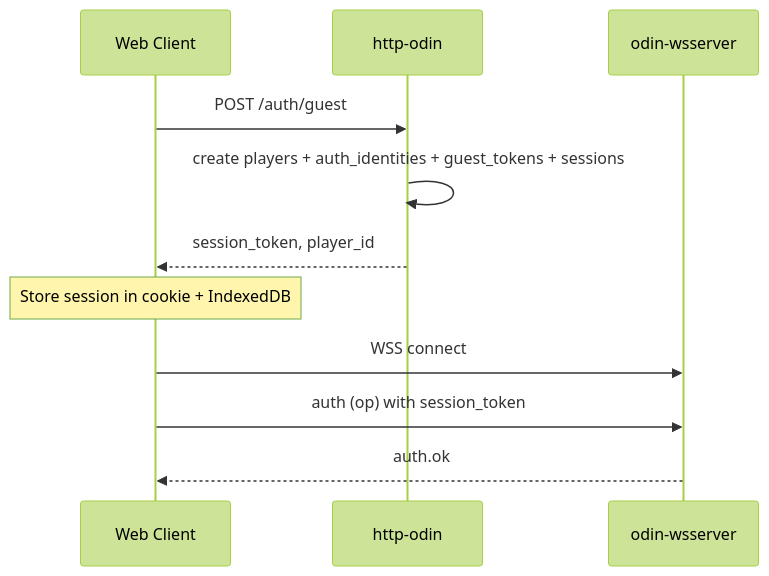
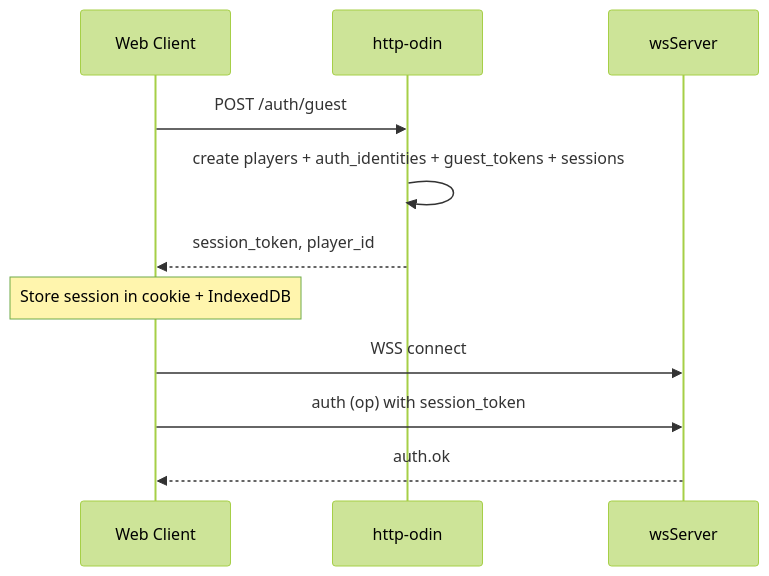
Before and after one commit to Puchungualotsqui/rift: the fourth of 6 diagrams in NETWORK.md, drawn with Mermaid (forest theme). The commit also changed other lines of this file and 14 other files, not shown here.

````diff
--- a/NETWORK.md
+++ b/NETWORK.md
@@ -183,14 +183,14 @@
 ```mermaid
 sequenceDiagram
     participant WC as Web Client
     participant H as http-odin
-    participant W as odin-wsserver
+    participant W as wsServer
 
     WC->>H: POST /auth/guest
     H->>H: create players + auth_identities + guest_tokens + sessions
     H-->>WC: session_token, player_id
     Note over WC: Store session in cookie + IndexedDB
     WC->>W: WSS connect
     WC->>W: auth (op) with session_token
     W-->>WC: auth.ok
 ```
````
